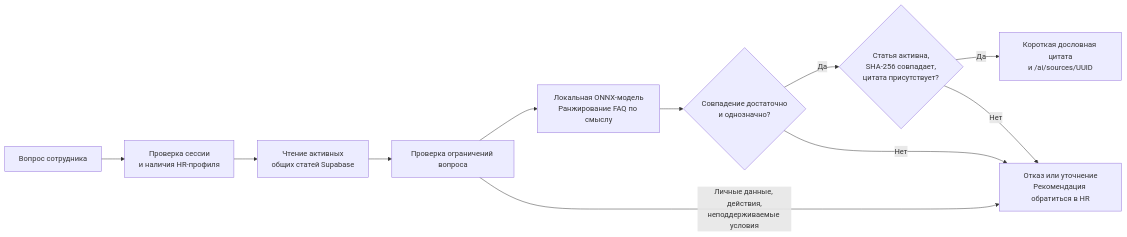
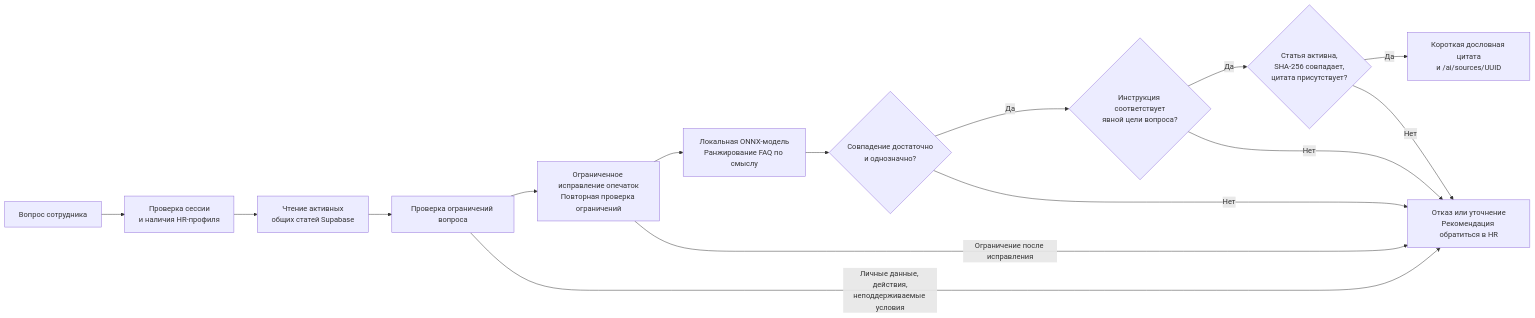
One commit to Dmitribear/PostTech changed the second of 2 diagrams in docs/architecture.md. Above: the diagram before and after it, drawn with Mermaid. The commit also changed other lines of this file and 46 other files, not shown here.

````diff
--- a/docs/architecture.md
+++ b/docs/architecture.md
@@ -59,13 +59,17 @@
 ```mermaid
 flowchart LR
     q["Вопрос сотрудника"] --> guard["Проверка сессии<br/>и наличия HR-профиля"]
     guard --> articles["Чтение активных<br/>общих статей Supabase"]
     articles --> filters["Проверка ограничений вопроса"]
-    filters --> rank["Локальная ONNX-модель<br/>Ранжирование FAQ по смыслу"]
+    filters --> normalize["Ограниченное исправление опечаток<br/>Повторная проверка ограничений"]
+    normalize --> rank["Локальная ONNX-модель<br/>Ранжирование FAQ по смыслу"]
     rank --> confidence{"Совпадение достаточно<br/>и однозначно?"}
-    confidence -->|"Да"| evidence{"Статья активна,<br/>SHA-256 совпадает,<br/>цитата присутствует?"}
+    confidence -->|"Да"| applicable{"Инструкция соответствует<br/>явной цели вопроса?"}
+    applicable -->|"Да"| evidence{"Статья активна,<br/>SHA-256 совпадает,<br/>цитата присутствует?"}
     evidence -->|"Да"| answer["Короткая дословная цитата<br/>и /ai/sources/UUID"]
     confidence -->|"Нет"| refusal["Отказ или уточнение<br/>Рекомендация обратиться в HR"]
     evidence -->|"Нет"| refusal
+    applicable -->|"Нет"| refusal
     filters -->|"Личные данные, действия,<br/>неподдерживаемые условия"| refusal
+    normalize -->|"Ограничение после исправления"| refusal
 ```
````
